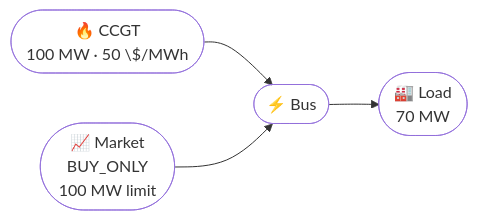
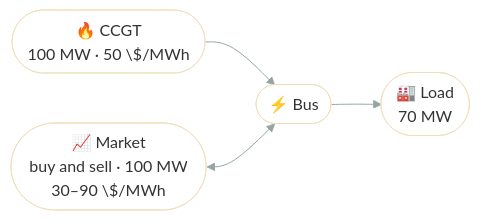
The diagram in docs/examples/market_arbitrage.md (ramirocrc/odys), drawn with Mermaid before and after one commit. The commit also changed other lines of this file and 4 other files, not shown here.

Commit message:
docs(examples): turn Market Arbitrage into a buy-and-sell case

````diff
--- a/docs/examples/market_arbitrage.md
+++ b/docs/examples/market_arbitrage.md
@@ -15,10 +11,11 @@
 ```mermaid
+%%{init: {"theme": "base", "themeVariables": {"lineColor": "#95A5A6"}}}%%
 flowchart LR
     CCGT(["🔥 CCGT<br/>100 MW · 50 \$/MWh"]) --> Bus(["⚡ Bus"])
-    Market(["📈 Market<br/>BUY_ONLY<br/>100 MW limit"]) --> Bus
+    Market(["📈 Market<br/>buy and sell · 100 MW<br/>30–90 \$/MWh"]) <--> Bus
     Bus --> Load(["🏭 Load<br/>70 MW"])
     style CCGT fill:none
     style Market fill:none
     style Bus fill:none
     style Load fill:none
 ```
````
